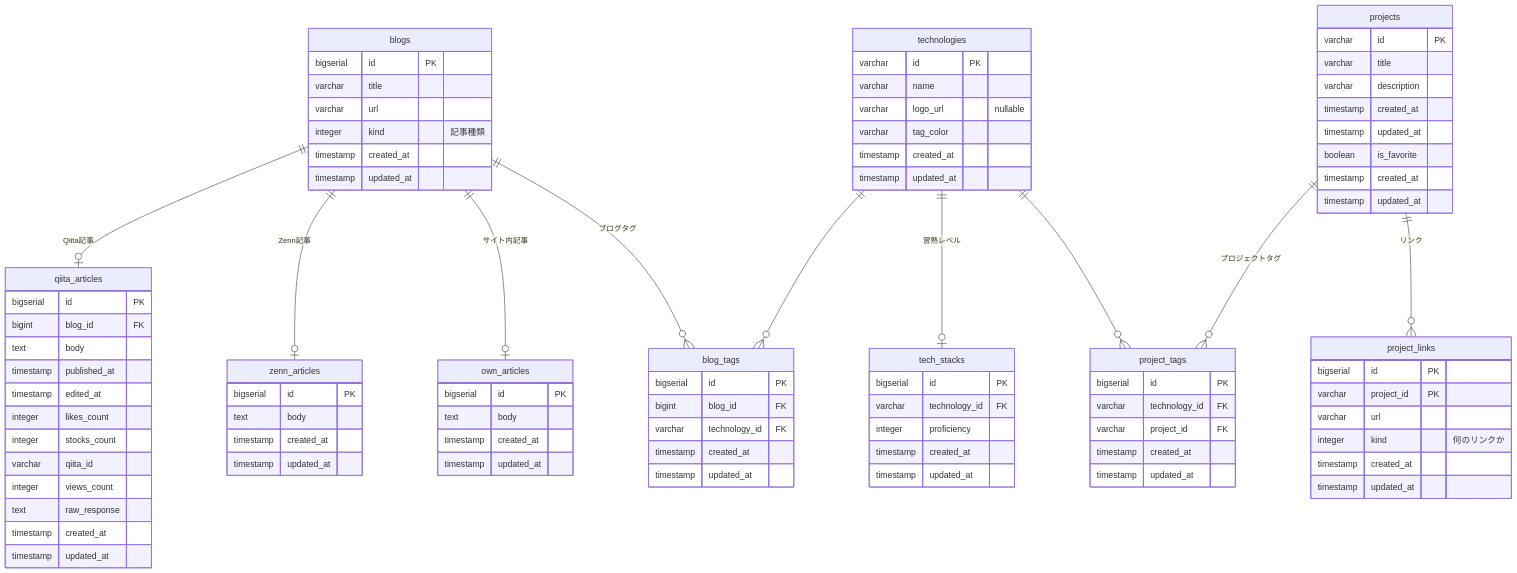
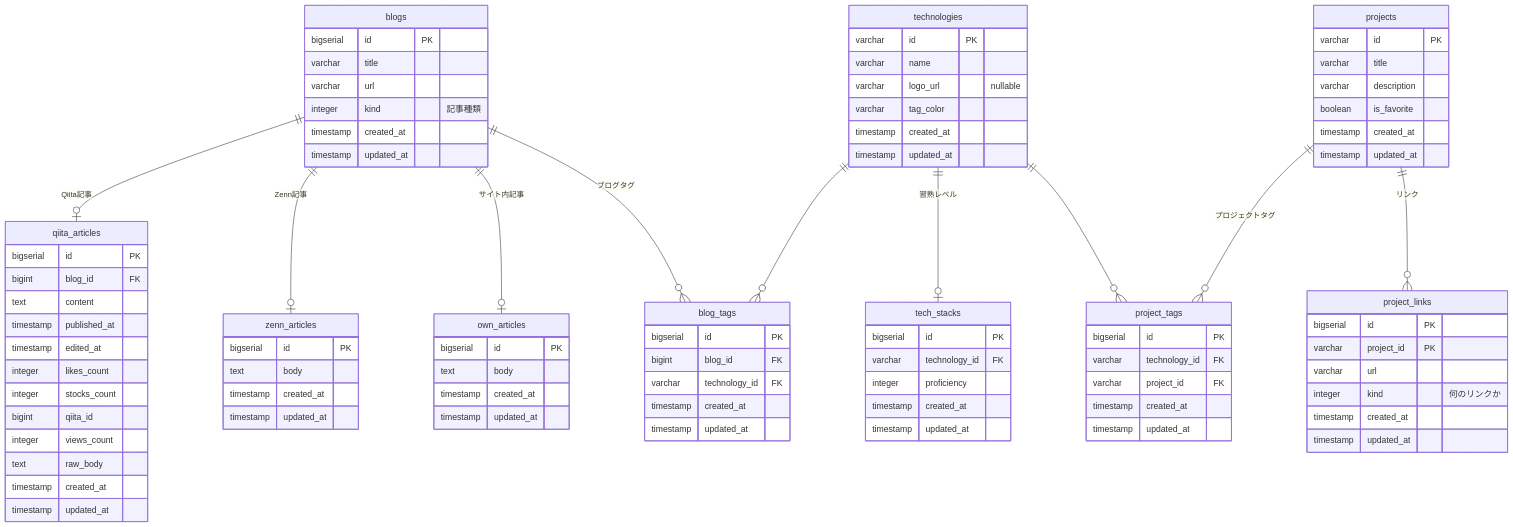
Before and after one commit to piny940/portfolio: the diagram in db/er/portfolio.md, drawn with Mermaid. The commit also changed 1 other file, not shown here.

Commit message:
テーブル作成

```diff
--- a/db/er/portfolio.md
+++ b/db/er/portfolio.md
@@ -36,14 +36,14 @@
   qiita_articles {
     bigserial id PK
     bigint blog_id FK
-    text body
+    text content
     timestamp published_at
     timestamp edited_at
     integer likes_count
     integer stocks_count
-    varchar qiita_id
+    bigint qiita_id
     integer views_count
-    text raw_response
+    text raw_body
     timestamp created_at
     timestamp updated_at
   }
@@ -63,8 +63,6 @@
     varchar id PK
     varchar title
     varchar description
-    timestamp created_at
-    timestamp updated_at
     boolean is_favorite
     timestamp created_at
     timestamp updated_at
```
